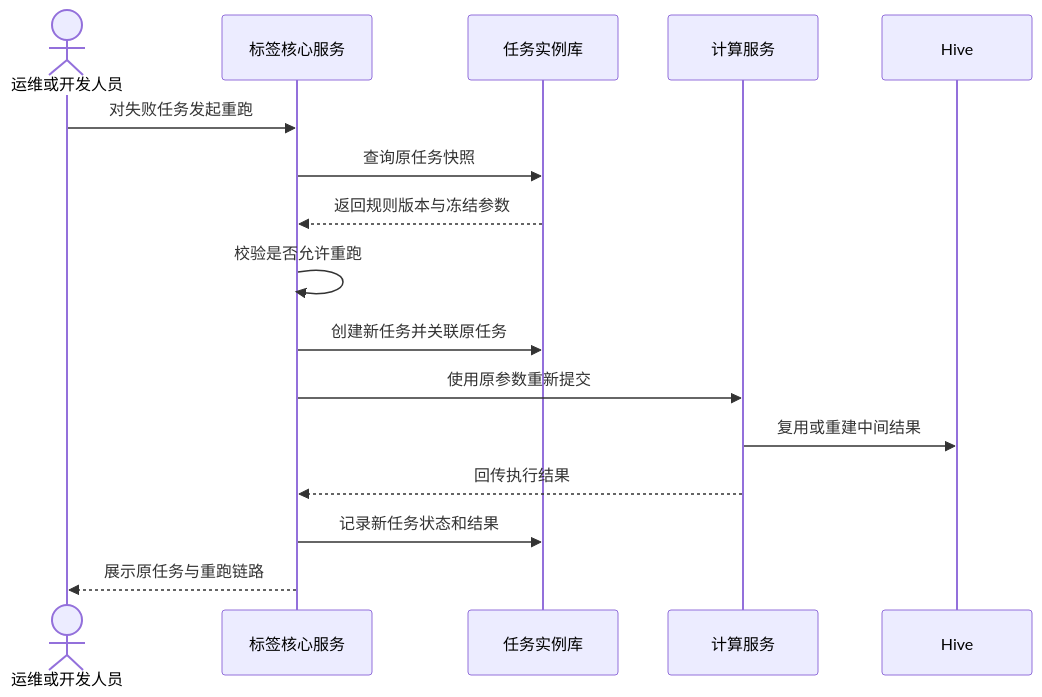
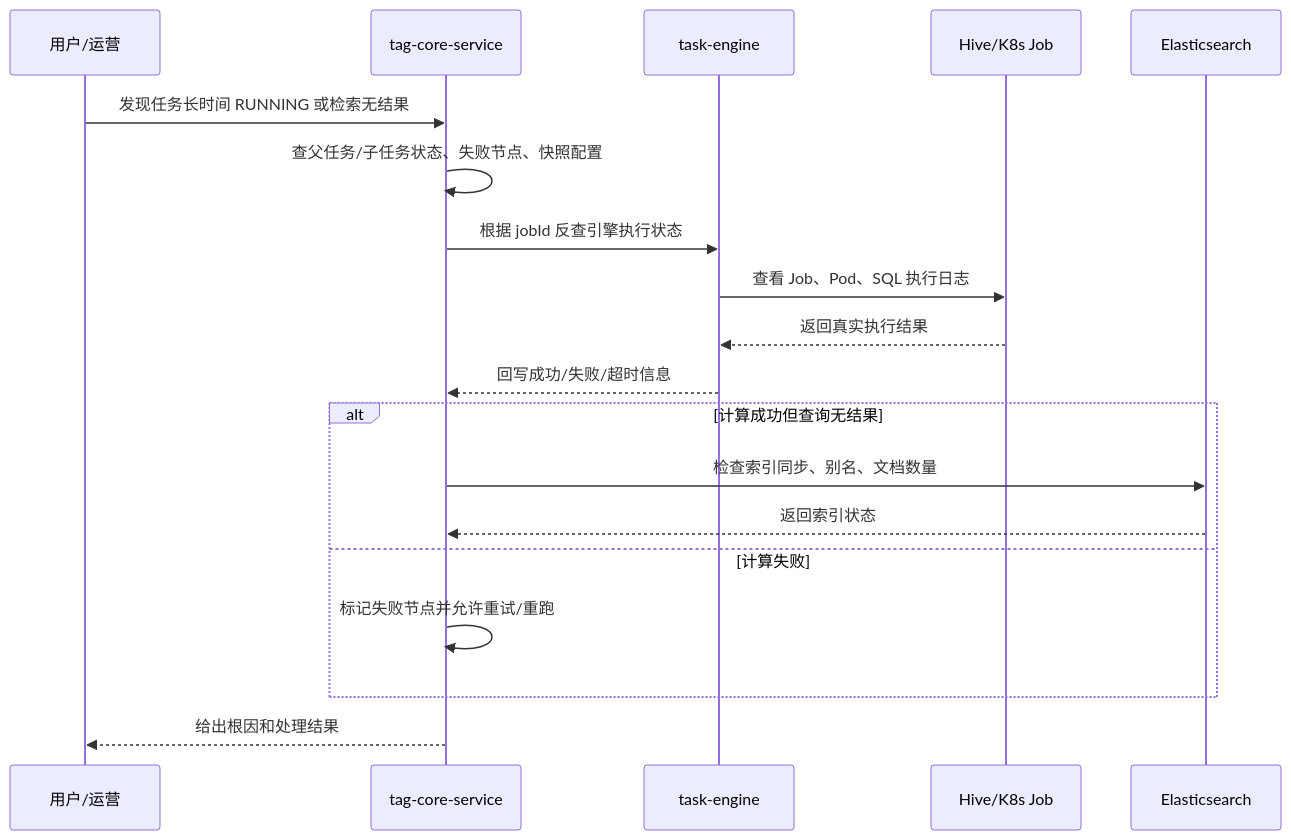
One commit to ironnn111/notes changed the third of 3 diagrams in 项目/大数据资产管理平台项目介绍.md. Above: the diagram before and after it, drawn with Mermaid. The commit also changed other lines of this file and 1 other file, not shown here.

Commit message:
docs: update project intros for AI tag building

````diff
--- a/项目/大数据资产管理平台项目介绍.md
+++ b/项目/大数据资产管理平台项目介绍.md
@@ -254,19 +381,22 @@
 ```mermaid
 sequenceDiagram
-    actor User as 运维或开发人员
-    participant Core as 标签核心服务
-    participant DB as 任务实例库
-    participant Task as 计算服务
-    participant Hive as Hive
+    participant User as 用户/运营
+    participant Core as tag-core-service
+    participant Engine as task-engine
+    participant Compute as Hive/K8s Job
+    participant ES as Elasticsearch
 
-    User->>Core: 对失败任务发起重跑
-    Core->>DB: 查询原任务快照
-    DB-->>Core: 返回规则版本与冻结参数
-    Core->>Core: 校验是否允许重跑
-    Core->>DB: 创建新任务并关联原任务
-    Core->>Task: 使用原参数重新提交
-    Task->>Hive: 复用或重建中间结果
-    Task-->>Core: 回传执行结果
-    Core->>DB: 记录新任务状态和结果
-    Core-->>User: 展示原任务与重跑链路
+    User->>Core: 发现任务长时间 RUNNING 或检索无结果
+    Core->>Core: 查父任务/子任务状态、失败节点、快照配置
+    Core->>Engine: 根据 jobId 反查引擎执行状态
+    Engine->>Compute: 查看 Job、Pod、SQL 执行日志
+    Compute-->>Engine: 返回真实执行结果
+    Engine-->>Core: 回写成功/失败/超时信息
+    alt 计算成功但查询无结果
+        Core->>ES: 检查索引同步、别名、文档数量
+        ES-->>Core: 返回索引状态
+    else 计算失败
+        Core->>Core: 标记失败节点并允许重试/重跑
+    end
+    Core-->>User: 给出根因和处理结果
 ```
````
